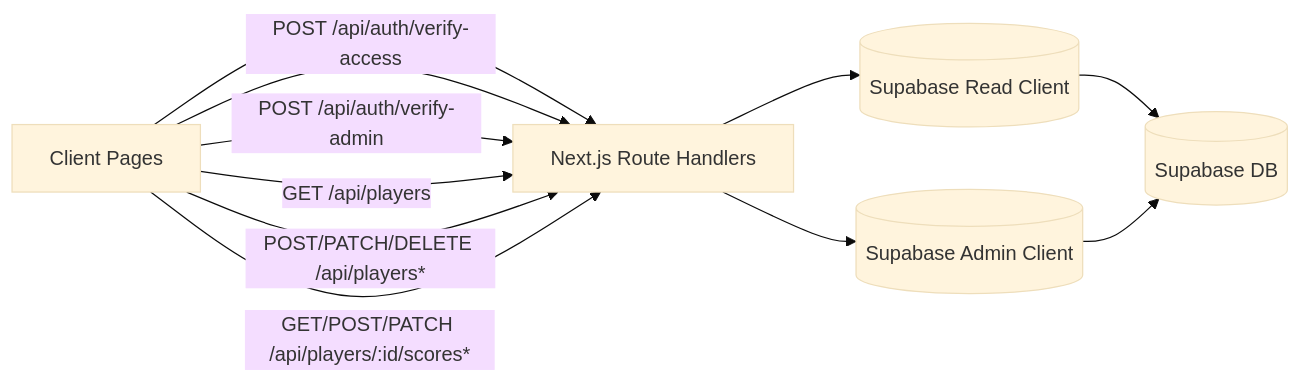
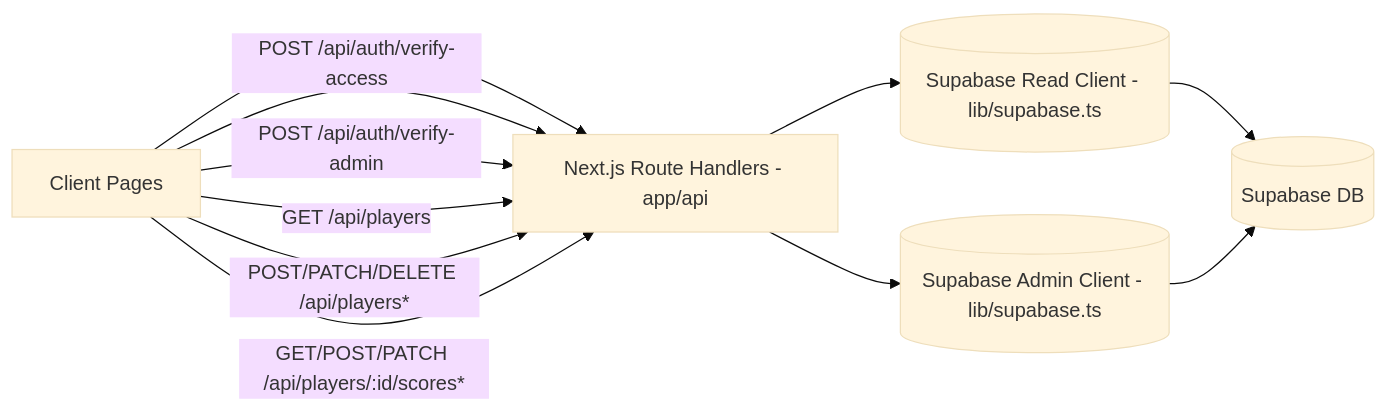
One commit to abimanyu2515/cricscore changed the second of 3 diagrams in README.md. Above: the diagram before and after it, drawn with Mermaid (base theme). The commit also changed other lines of this file and 7 other files, not shown here.

````diff
--- a/README.md
+++ b/README.md
@@ -49,14 +66,14 @@
 ```mermaid
 flowchart LR
-  UI[Client Pages] --> API[Next.js Route Handlers]
-  API --> R[(Supabase Read Client)]
-  API --> W[(Supabase Admin Client)]
+  UI[Client Pages] --> API[Next.js Route Handlers - app/api]
+  API --> R[(Supabase Read Client - lib/supabase.ts)]
+  API --> W[(Supabase Admin Client - lib/supabase.ts)]
   R --> DB[(Supabase DB)]
   W --> DB
 
   UI -->|POST /api/auth/verify-access| API
   UI -->|POST /api/auth/verify-admin| API
   UI -->|GET /api/players| API
   UI -->|POST/PATCH/DELETE /api/players*| API
   UI -->|GET/POST/PATCH /api/players/:id/scores*| API
 ```
````
